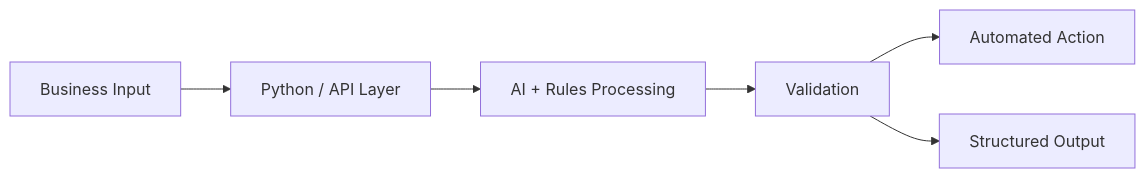
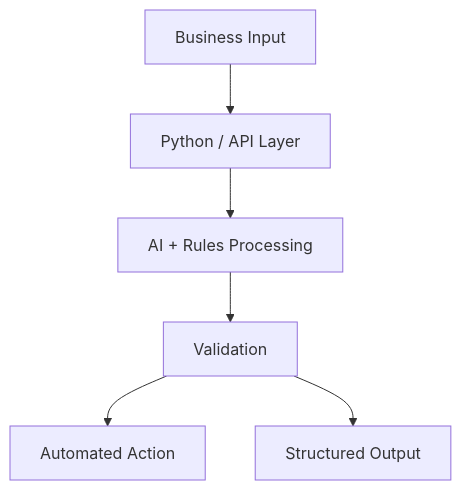
The diagram in README.md (Anisursaadi/Anisursaadi), drawn with Mermaid before and after one commit.

````diff
--- a/README.md
+++ b/README.md
@@ -79,8 +79,8 @@
 ```mermaid
-flowchart LR
+flowchart TD
     A["Business Input"] --> B["Python / API Layer"]
     B --> C["AI + Rules Processing"]
     C --> D["Validation"]
     D --> E["Automated Action"]
     D --> F["Structured Output"]
 ```
````
